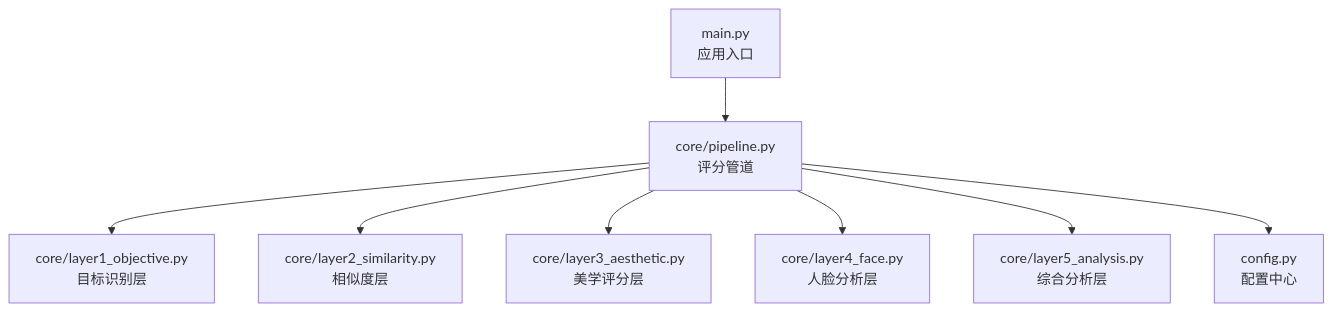
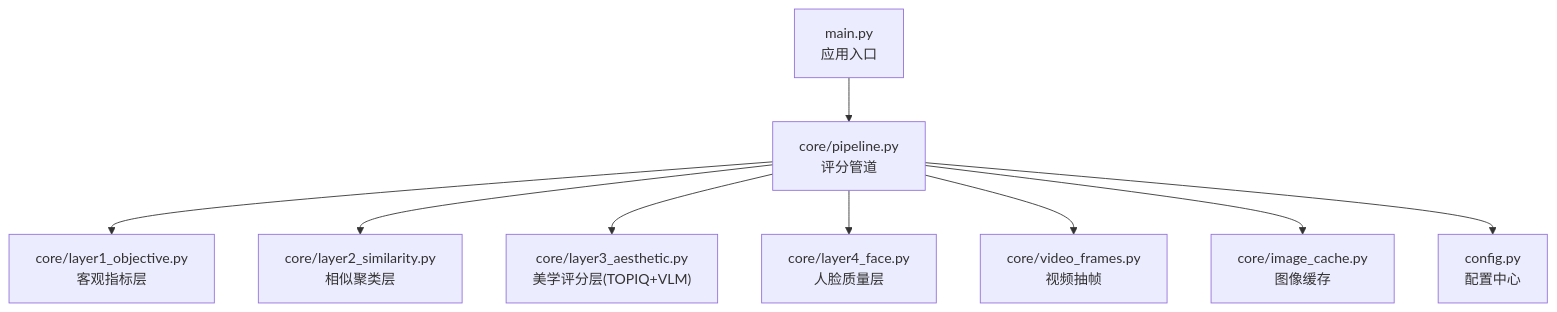
One commit to Frankynwa/photo-rank changed the first of 5 diagrams in wiki/核心系统架构/核心系统架构.md. Above: the diagram before and after it, drawn with Mermaid. The commit also changed other lines of this file and 7 other files, not shown here.

````diff
--- a/wiki/核心系统架构/核心系统架构.md
+++ b/wiki/核心系统架构/核心系统架构.md
@@ -37,10 +37,11 @@
 ```mermaid
 graph TB
 A["main.py<br/>应用入口"] --> B["core/pipeline.py<br/>评分管道"]
-B --> C["core/layer1_objective.py<br/>目标识别层"]
-B --> D["core/layer2_similarity.py<br/>相似度层"]
-B --> E["core/layer3_aesthetic.py<br/>美学评分层"]
-B --> F["core/layer4_face.py<br/>人脸分析层"]
-B --> G["core/layer5_analysis.py<br/>综合分析层"]
+B --> C["core/layer1_objective.py<br/>客观指标层"]
+B --> D["core/layer2_similarity.py<br/>相似聚类层"]
+B --> E["core/layer3_aesthetic.py<br/>美学评分层(TOPIQ+VLM)"]
+B --> F["core/layer4_face.py<br/>人脸质量层"]
+B --> G["core/video_frames.py<br/>视频抽帧"]
+B --> GC["core/image_cache.py<br/>图像缓存"]
 B --> H["config.py<br/>配置中心"]
 ```
````
